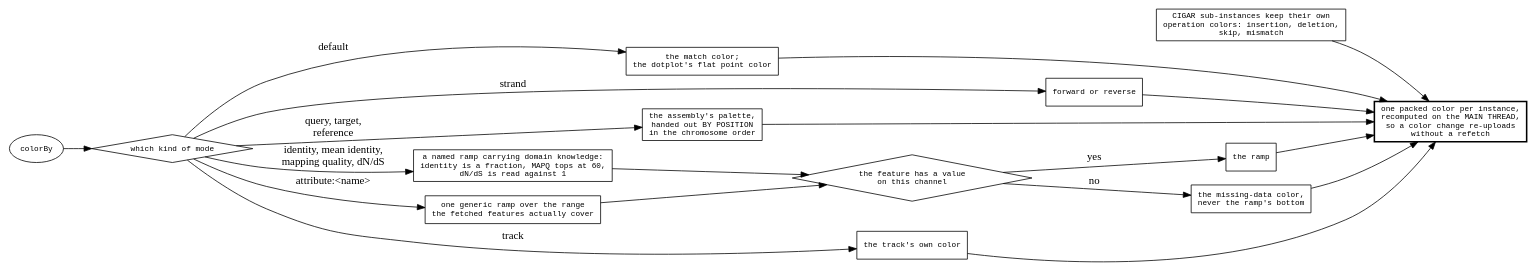
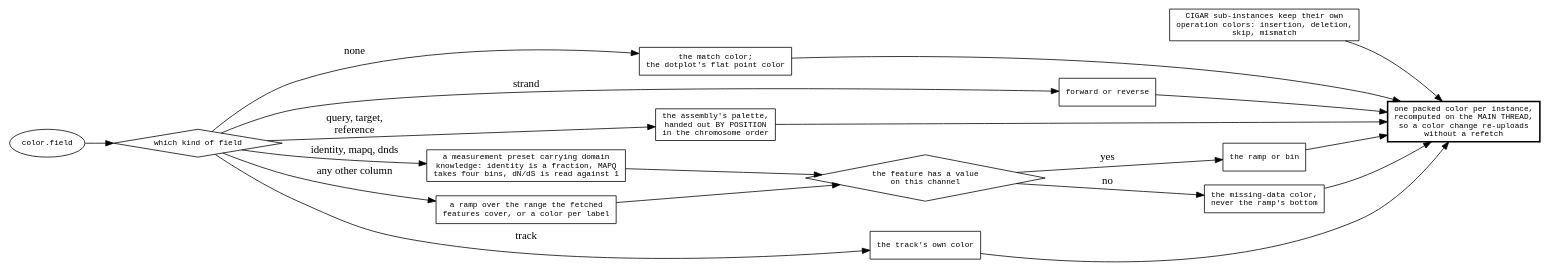
One commit to GMOD/jbrowse-components changed the diagram in agent-docs/reference/diagrams/synteny-color.dot. Above: the diagram before and after it, drawn with Graphviz. The commit also changed 8 other files, not shown here.

```diff
--- a/agent-docs/reference/diagrams/synteny-color.dot
+++ b/agent-docs/reference/diagrams/synteny-color.dot
@@ -1,35 +1,35 @@
 digraph synteny_color {
   rankdir=LR
   node [shape=box fontname=monospace fontsize=10]
   { node [shape=diamond] mode; present }
 
-  colorby [label="colorBy", shape=oval]
+  colorby [label="color.field", shape=oval]
   colorby -> mode
-  mode [label="which kind of mode"]
+  mode [label="which kind of field"]
 
-  mode -> flat     [label=" default"]
+  mode -> flat     [label=" none"]
   mode -> strand   [label=" strand"]
   mode -> chrom    [label=" query, target,\n reference"]
-  mode -> preset   [label=" identity, mean identity,\n mapping quality, dN/dS"]
-  mode -> attr     [label=" attribute:<name>"]
+  mode -> preset   [label=" identity, mapq, dnds"]
+  mode -> attr     [label=" any other column"]
   mode -> track    [label=" track"]
 
   flat   [label="the match color;\nthe dotplot's flat point color"]
   strand [label="forward or reverse"]
   chrom  [label="the assembly's palette,\nhanded out BY POSITION\nin the chromosome order"]
-  preset [label="a named ramp carrying domain knowledge:\nidentity is a fraction, MAPQ tops at 60,\ndN/dS is read against 1"]
-  attr   [label="one generic ramp over the range\nthe fetched features actually cover"]
+  preset [label="a measurement preset carrying domain\nknowledge: identity is a fraction, MAPQ\ntakes four bins, dN/dS is read against 1"]
+  attr   [label="a ramp over the range the fetched\nfeatures cover, or a color per label"]
   track  [label="the track's own color"]
 
   present [label="the feature has a value\non this channel"]
   preset -> present  attr -> present
   present -> ramp    [label=" yes"]
   present -> missing [label=" no"]
-  ramp    [label="the ramp"]
+  ramp    [label="the ramp or bin"]
   missing [label="the missing-data color,\nnever the ramp's bottom"]
 
   cigar [label="CIGAR sub-instances keep their own\noperation colors: insertion, deletion,\nskip, mismatch"]
 
   out [label="one packed color per instance,\nrecomputed on the MAIN THREAD,\nso a color change re-uploads\nwithout a refetch", style=bold]
   flat -> out  strand -> out  chrom -> out  ramp -> out  missing -> out  track -> out  cigar -> out
 }
```
